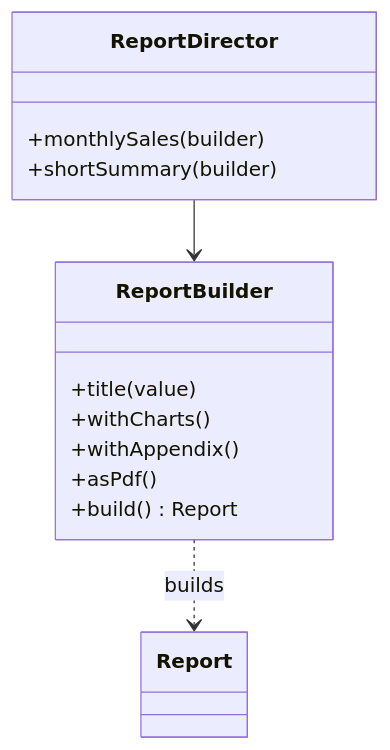
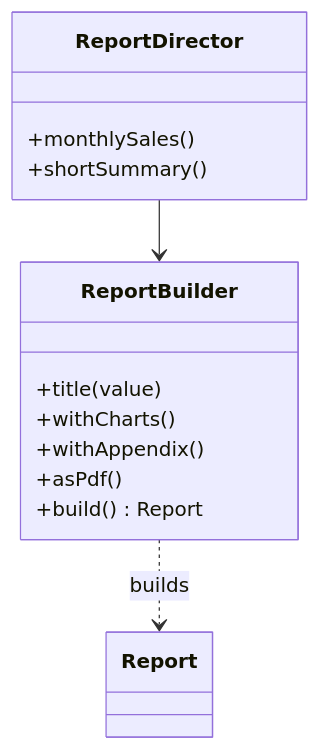
The ninth of 16 diagrams in content/lectures/Lec4/vitepress.md (Kert0n/KPO), drawn with Mermaid before and after one commit. The commit also changed other lines of this file, not shown here.

````diff
--- a/content/lectures/Lec4/vitepress.md
+++ b/content/lectures/Lec4/vitepress.md
@@ -1202,18 +1218,18 @@
 ```mermaid
 classDiagram
   class ReportDirector {
-    +monthlySales(builder)
-    +shortSummary(builder)
+    +monthlySales()
+    +shortSummary()
   }
   class ReportBuilder {
     +title(value)
     +withCharts()
     +withAppendix()
     +asPdf()
     +build() Report
   }
   class Report
 
   ReportDirector --> ReportBuilder
   ReportBuilder ..> Report : builds
 ```
````
